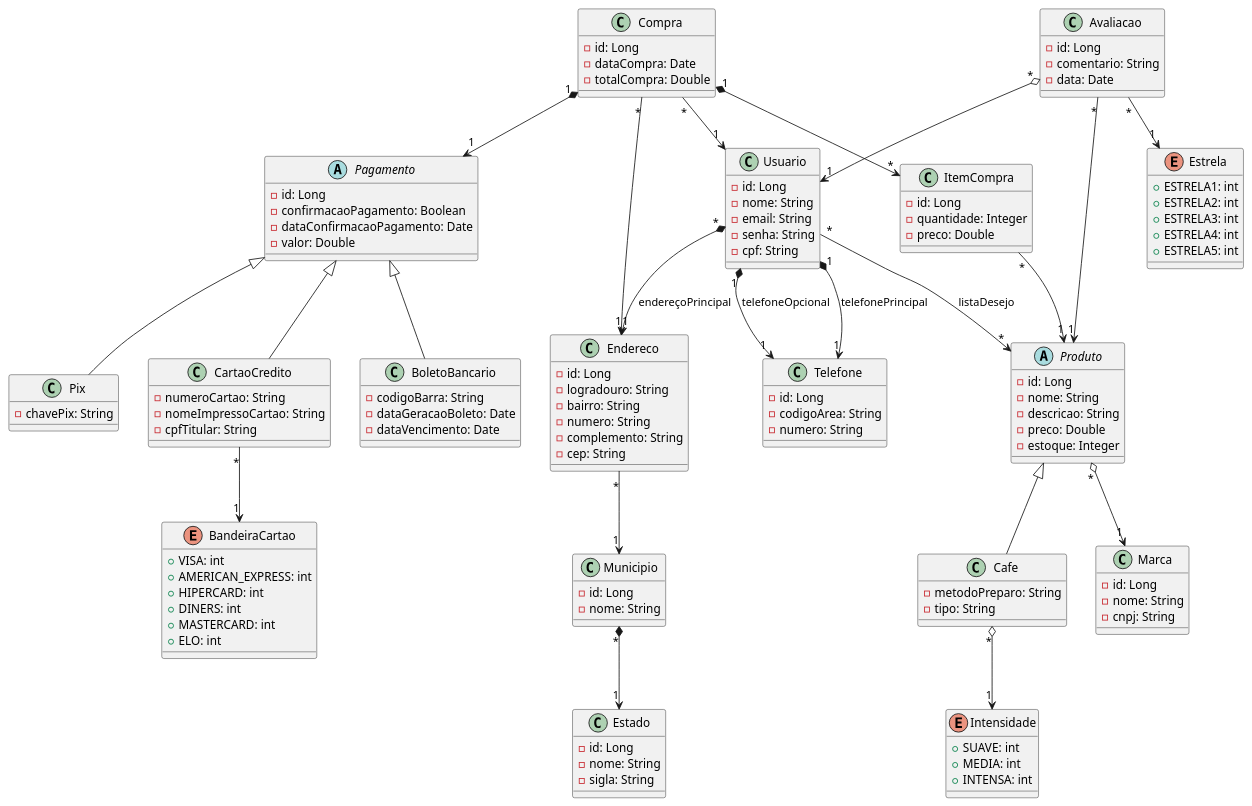
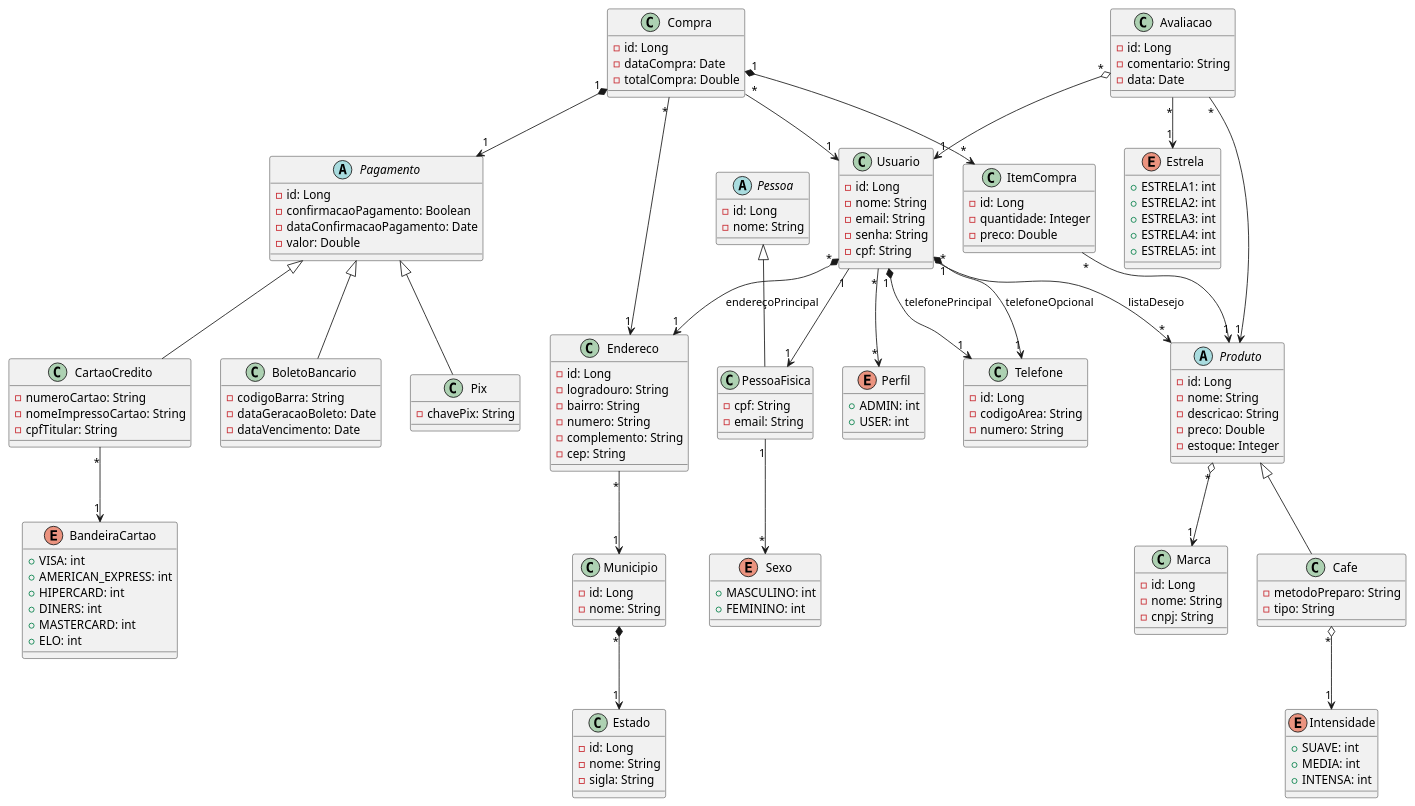
The diagram in JavaCoffee.plantuml (emannuelop/JavaCoffee-eCommerce), drawn with PlantUML before and after one commit.

Commit message:
atualizando o UML

```diff
--- a/JavaCoffee.plantuml
+++ b/JavaCoffee.plantuml
@@ -1,169 +1,199 @@
 @startuml Coffee-eCommerce
 
     abstract class Produto {
 
         - id: Long
         - nome: String
         - descricao: String
         - preco: Double
         - estoque: Integer
     }
 
     class Cafe {
 
         - metodoPreparo: String
         - tipo: String
     }
 
     enum Intensidade {
 
         + SUAVE: int
         + MEDIA: int
         + INTENSA: int
     }
 
     class Marca {
 
         - id: Long
         - nome: String
         - cnpj: String
+    }
+
+    abstract class Pessoa {
+
+        - id: Long
+        - nome: String
+    }
+
+    class PessoaFisica {
+
+        - cpf: String
+        - email: String
+    }
+
+    enum Sexo {
+
+        + MASCULINO: int
+        + FEMININO: int
+    }
+
+    enum Perfil {
+
+        + ADMIN: int
+        + USER: int
     }
 
     class Usuario {
 
         - id: Long
         - nome: String
         - email: String
         - senha: String
         - cpf: String
     }
 
     class Telefone {
 
         - id: Long
         - codigoArea: String
         - numero: String
     }
 
     class Compra {
 
         - id: Long
         - dataCompra: Date
         - totalCompra: Double
     }
 
     class ItemCompra {
 
         - id: Long
         - quantidade: Integer
         - preco: Double
     }
 
     class Endereco {
 
         - id: Long
         - logradouro: String
         - bairro: String
         - numero: String
         - complemento: String
         - cep: String
     }
 
     class Avaliacao {
 
         - id: Long
         - comentario: String
         - data: Date
     }
 
     enum Estrela {
 
         + ESTRELA1: int
         + ESTRELA2: int
         + ESTRELA3: int
         + ESTRELA4: int
         + ESTRELA5: int
     }
 
     abstract class Pagamento {
 
         - id: Long
         - confirmacaoPagamento: Boolean
         - dataConfirmacaoPagamento: Date
         - valor: Double
     }
 
     class BoletoBancario {
 
         - codigoBarra: String
         - dataGeracaoBoleto: Date
         - dataVencimento: Date
     }
 
     class Pix {
 
         - chavePix: String
     }
 
     class CartaoCredito {
 
         - numeroCartao: String
         - nomeImpressoCartao: String
         - cpfTitular: String
     }
 
     enum BandeiraCartao {
 
         + VISA: int
         + AMERICAN_EXPRESS: int
         + HIPERCARD: int
         + DINERS: int
         + MASTERCARD: int
         + ELO: int
     }
 
     class Estado {
 
         - id: Long
         - nome: String
         - sigla: String
     }
 
     class Municipio {
 
         - id: Long
         - nome: String
     }
 
     Produto "*" o--> "1" Marca
 
     Cafe -up-|> Produto
     Cafe "*" o--> "1" Intensidade
 
     Municipio "*" *--> "1" Estado
 
     Endereco "*" --> "1" Municipio
 
+    PessoaFisica "1" --> "*" Sexo
+
+    PessoaFisica -up-|> Pessoa
+
+    Usuario "1" --> "1" PessoaFisica
+    Usuario "*" --> "*" Perfil
     Usuario "*" --> "*" Produto: listaDesejo
     Usuario "1" *--> "1" Telefone: telefonePrincipal
     Usuario "1" *--> "1" Telefone: telefoneOpcional
     Usuario "*" *--> "1" Endereco: endereçoPrincipal
 
     ItemCompra "*" --> "1" Produto
 
     BoletoBancario -up-|> Pagamento
 
     Pix -up-|> Pagamento
 
     CartaoCredito -up-|> Pagamento
     CartaoCredito "*" --> "1" BandeiraCartao
 
     Compra "*" --> "1" Usuario
     Compra "1" *--> "*" ItemCompra
     Compra "*" --> "1" Endereco
     Compra "1" *--> "1" Pagamento
 
     Avaliacao "*" --> "1" Estrela
     Avaliacao "*" o--> "1" Usuario
     Avaliacao "*" --> "1" Produto
 @enduml
```
